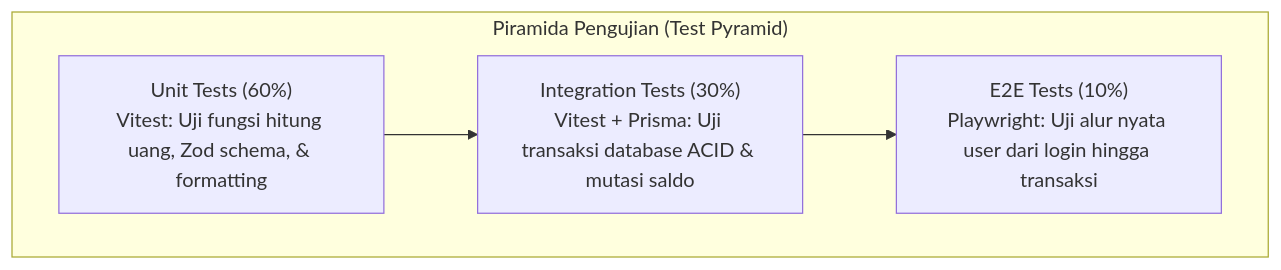
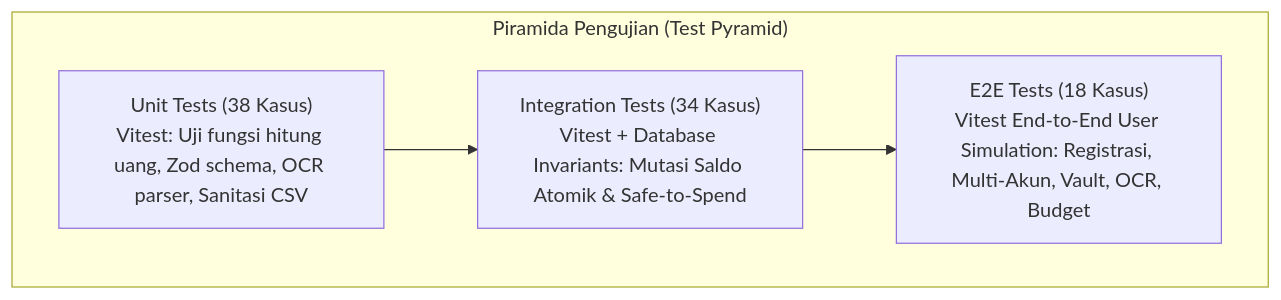
Before and after one commit to Haerulanwar05/finance-tracker: the diagram in docs/TEST_PLAN.md, drawn with Mermaid. The commit also changed other lines of this file and 97 other files, not shown here.

````diff
--- a/docs/TEST_PLAN.md
+++ b/docs/TEST_PLAN.md
@@ -10,9 +10,9 @@
 ```mermaid
 graph TD
     subgraph Pyramid ["Piramida Pengujian (Test Pyramid)"]
-        E2E["E2E Tests (10%)\nPlaywright: Uji alur nyata user dari login hingga transaksi"]
-        Integration["Integration Tests (30%)\nVitest + Prisma: Uji transaksi database ACID & mutasi saldo"]
-        Unit["Unit Tests (60%)\nVitest: Uji fungsi hitung uang, Zod schema, & formatting"]
+        E2E["E2E Tests (18 Kasus)\nVitest End-to-End User Simulation: Registrasi, Multi-Akun, Vault, OCR, Budget"]
+        Integration["Integration Tests (34 Kasus)\nVitest + Database Invariants: Mutasi Saldo Atomik & Safe-to-Spend"]
+        Unit["Unit Tests (38 Kasus)\nVitest: Uji fungsi hitung uang, Zod schema, OCR parser, Sanitasi CSV"]
     end
     Unit --> Integration --> E2E
 ```
````
